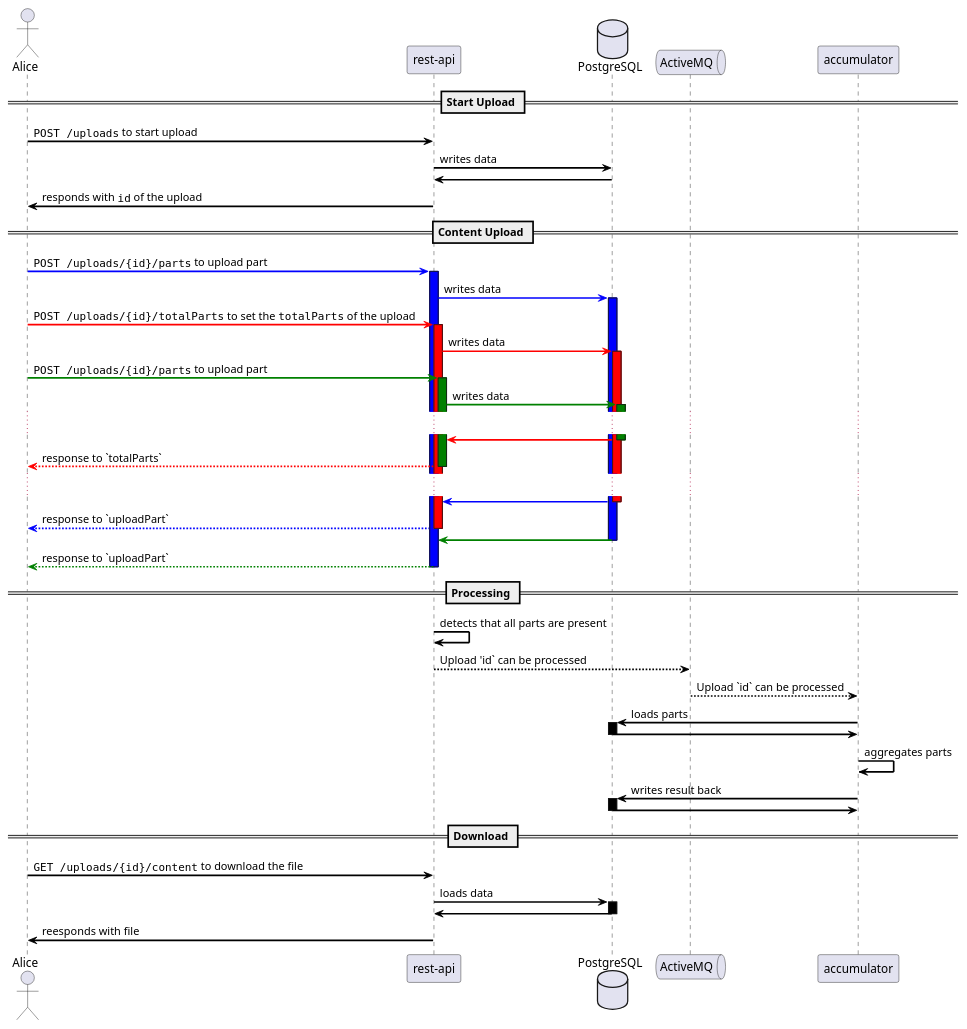
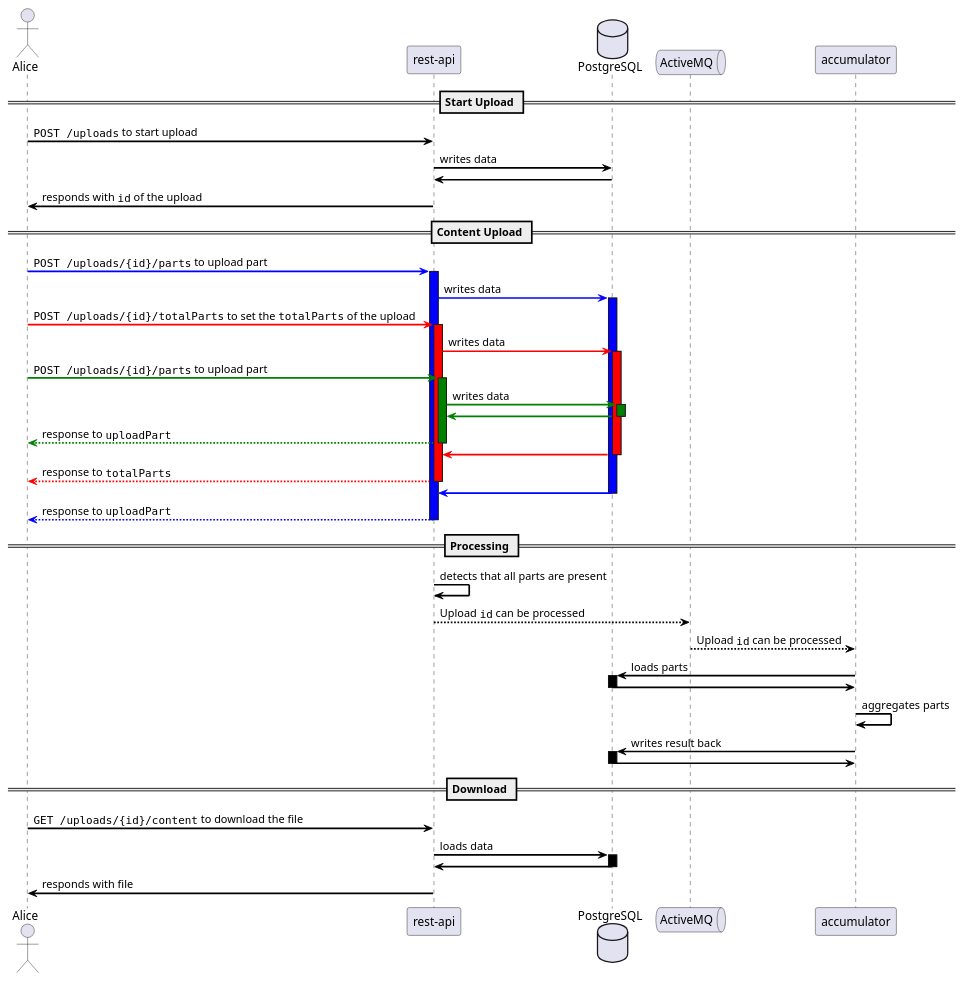
Before and after one commit to ConSol/super-simple-storage-solution: the first of 2 diagrams in README.adoc, drawn with PlantUML.

Commit message:
improved some documentation

```diff
--- a/README.adoc
+++ b/README.adoc
@@ -54,76 +54,76 @@
 [plantuml, target=diagram-sequence, format=png]
 ----
 @startuml
 skinparam sequenceArrowThickness 2
 skinparam sequenceArrowColor Black
 actor Alice
 
 == Start Upload ==
 Alice -> "rest-api": ""POST /uploads"" to start upload
 database PostgreSQL
 "rest-api" -> PostgreSQL: writes data
 "rest-api" <- PostgreSQL
 Alice <- "rest-api": responds with ""id"" of the upload
 
 
 == Content Upload ==
 Alice -[#Blue]> "rest-api": ""POST /uploads/{id}/parts"" to upload part
 activate "rest-api" #Blue
 "rest-api" -[#Blue]> PostgreSQL: writes data
 activate PostgreSQL #Blue
 
 Alice -[#Red]> "rest-api": ""POST /uploads/{id}/totalParts"" to set the ""totalParts"" of the upload
 activate "rest-api" #Red
 "rest-api" -[#Red]> PostgreSQL: writes data
 activate PostgreSQL #Red
 
 Alice -[#Green]> "rest-api": ""POST /uploads/{id}/parts"" to upload part
 activate "rest-api" #Green
 "rest-api" -[#Green]> PostgreSQL: writes data
 activate PostgreSQL #Green
-...
-"rest-api" <[#Red]- PostgreSQL
-deactivate PostgreSQL #Red
-Alice <-[#Red]- "rest-api": response to `totalParts`
-deactivate "rest-api" #Red
-...
-"rest-api" <[#Blue]- PostgreSQL
-deactivate PostgreSQL #Blue
-Alice <-[#Blue]- "rest-api": response to `uploadPart`
-deactivate "rest-api" #Blue
 
 "rest-api" <[#Green]- PostgreSQL
 deactivate PostgreSQL #Green
-Alice <-[#Green]- "rest-api": response to `uploadPart`
+Alice <-[#Green]- "rest-api": response to ""uploadPart""
 deactivate "rest-api" #GREEN
+
+"rest-api" <[#Red]- PostgreSQL
+deactivate PostgreSQL #Red
+Alice <-[#Red]- "rest-api": response to ""totalParts""
+deactivate "rest-api" #Red
+
+"rest-api" <[#Blue]- PostgreSQL
+deactivate PostgreSQL #Blue
+Alice <-[#Blue]- "rest-api": response to ""uploadPart""
+deactivate "rest-api" #Blue
 
 == Processing ==
 "rest-api" -> "rest-api": detects that all parts are present
 
 queue ActiveMQ
-"rest-api" --> ActiveMQ: Upload 'id` can be processed
+"rest-api" --> ActiveMQ: Upload ""id"" can be processed
 
-ActiveMQ --> accumulator: Upload `id` can be processed
+ActiveMQ --> accumulator: Upload ""id"" can be processed
 
 accumulator -> PostgreSQL: loads parts
 activate PostgreSQL #Black
 accumulator <- PostgreSQL
 deactivate PostgreSQL #Black
 
 accumulator -> accumulator: aggregates parts
 
 accumulator -> PostgreSQL: writes result back
 activate PostgreSQL #Black
 accumulator <- PostgreSQL
 deactivate PostgreSQL #Black
 
 == Download ==
 
 Alice -> "rest-api": ""GET /uploads/{id}/content"" to download the file
 "rest-api" -> PostgreSQL: loads data
 activate PostgreSQL #Black
 "rest-api" <- PostgreSQL
 deactivate PostgreSQL #black
-Alice <- "rest-api": reesponds with file
+Alice <- "rest-api": responds with file
 @enduml
 ----
```
